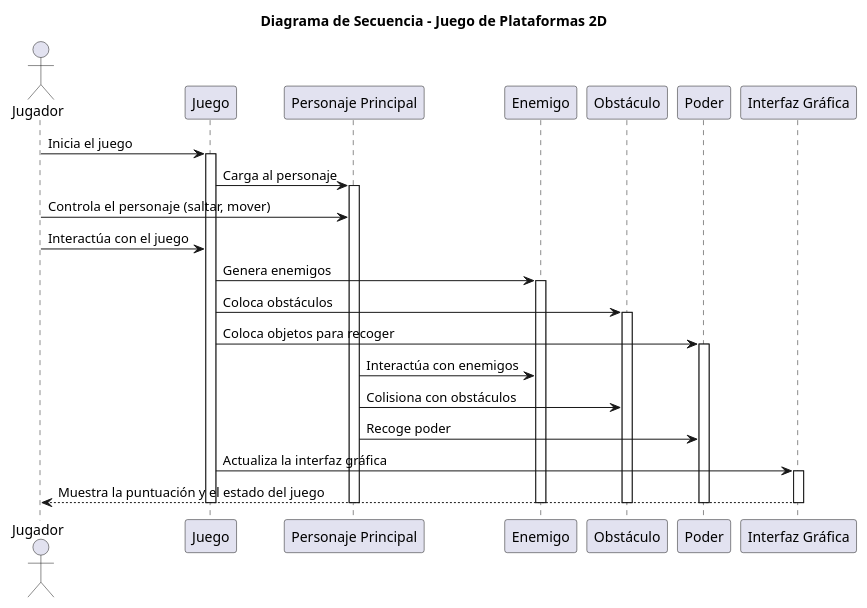
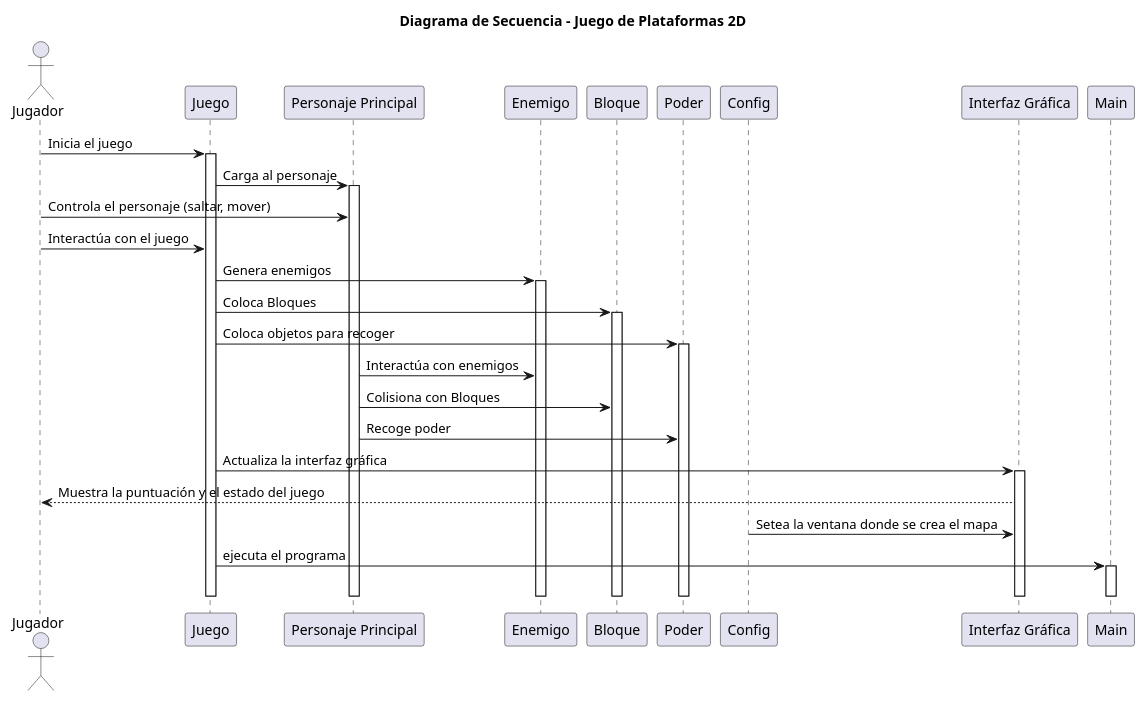
The diagram in Diagramas/diagrama_de_secuencia.plantuml (Felipr19/proyecto_poo), drawn with PlantUML before and after one commit.

```diff
--- a/Diagramas/diagrama_de_secuencia.plantuml
+++ b/Diagramas/diagrama_de_secuencia.plantuml
@@ -1,46 +1,53 @@
 @startuml Diagramas
 
 title Diagrama de Secuencia - Juego de Plataformas 2D
 
 actor Jugador
 participant "Juego" as Juego
 participant "Personaje Principal" as Personaje
 participant "Enemigo" as Enemigo
-participant "Obstáculo" as Obstáculo
+participant "Bloque" as Bloque
 participant "Poder" as Poder
+participant "Config" as Config
 participant "Interfaz Gráfica" as Interfaz
+participant "Main" as Main
+
 
 Jugador -> Juego: Inicia el juego
 activate Juego
 
 Juego -> Personaje: Carga al personaje
 activate Personaje
 
 Jugador -> Personaje: Controla el personaje (saltar, mover)
 Jugador -> Juego: Interactúa con el juego
 
 Juego -> Enemigo: Genera enemigos
 activate Enemigo
-Juego -> Obstáculo: Coloca obstáculos
-activate Obstáculo
+Juego -> Bloque: Coloca Bloques
+activate Bloque
 Juego -> Poder: Coloca objetos para recoger
 activate Poder
 
 Personaje -> Enemigo: Interactúa con enemigos
-Personaje -> Obstáculo: Colisiona con obstáculos
+Personaje -> Bloque: Colisiona con Bloques
 Personaje -> Poder: Recoge poder
 
 Juego -> Interfaz: Actualiza la interfaz gráfica
 activate Interfaz
 Interfaz --> Jugador: Muestra la puntuación y el estado del juego
 
+Config -> Interfaz: Setea la ventana donde se crea el mapa
+
+Juego -> Main: ejecuta el programa
+activate Main
 
 
 deactivate Juego
 deactivate Personaje
 deactivate Enemigo
-deactivate Obstáculo
+deactivate Bloque
 deactivate Poder
 deactivate Interfaz
-
+deactivate Main
 @enduml
```
